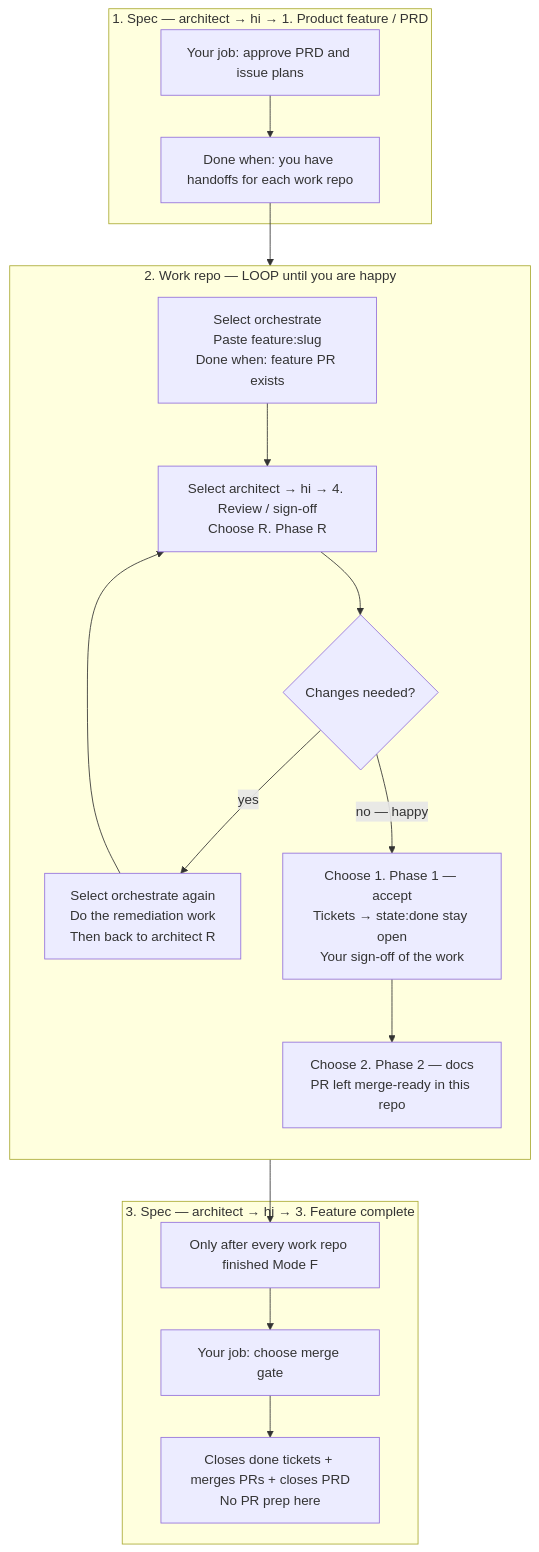
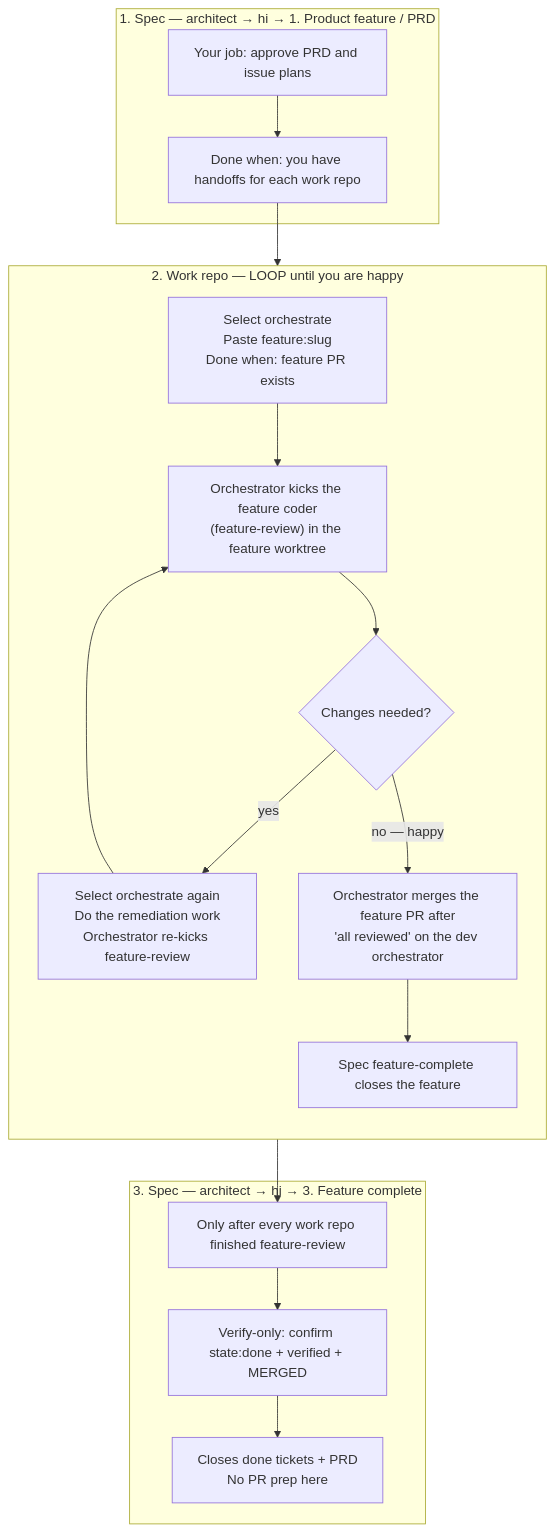
Before and after one commit to roborew/opencode-config: the diagram in README.md, drawn with Mermaid. The commit also changed other lines of this file and 53 other files, not shown here.

First line of the commit message:
feat(pipeline): feature-review coder sign-off, .plan purge, sandbox out of orchestrate

````diff
--- a/README.md
+++ b/README.md
@@ -28,29 +28,29 @@
 ```mermaid
 flowchart TB
   subgraph specStart ["1. Spec — architect → hi → 1. Product feature / PRD"]
     S1["Your job: approve PRD and issue plans"]
     S2["Done when: you have handoffs for each work repo"]
   end
 
   subgraph workLoop ["2. Work repo — LOOP until you are happy"]
     direction TB
     W1["Select orchestrate\nPaste feature:slug\nDone when: feature PR exists"]
-    W2["Select architect → hi → 4. Review / sign-off\nChoose R. Phase R"]
+    W2["Orchestrator kicks the feature coder\n(feature-review) in the feature worktree"]
     W3{"Changes needed?"}
-    W4["Select orchestrate again\nDo the remediation work\nThen back to architect R"]
-    W5["Choose 1. Phase 1 — accept\nTickets → state:done stay open\nYour sign-off of the work"]
-    W6["Choose 2. Phase 2 — docs\nPR left merge-ready in this repo"]
+    W4["Select orchestrate again\nDo the remediation work\nOrchestrator re-kicks feature-review"]
+    W5["Orchestrator merges the feature PR after\n'all reviewed' on the dev orchestrator"]
+    W6["Spec feature-complete closes the feature"]
     W1 --> W2 --> W3
     W3 -->|yes| W4 --> W2
     W3 -->|no — happy| W5 --> W6
   end
 
   subgraph specEnd ["3. Spec — architect → hi → 3. Feature complete"]
-    E1["Only after every work repo finished Mode F"]
-    E2["Your job: choose merge gate"]
-    E3["Closes done tickets + merges PRs + closes PRD\nNo PR prep here"]
+    E1["Only after every work repo finished feature-review"]
+    E2["Verify-only: confirm state:done + verified + MERGED"]
+    E3["Closes done tickets + PRD\nNo PR prep here"]
   end
 
   S1 --> S2 --> W1
   W6 --> E1 --> E2 --> E3
 ```
````
